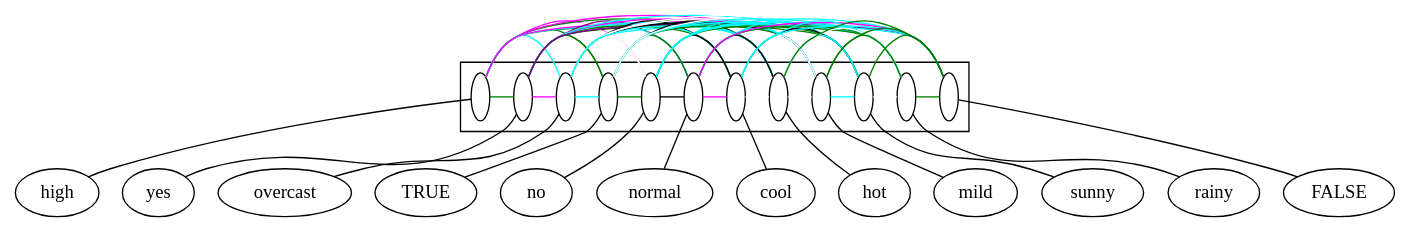
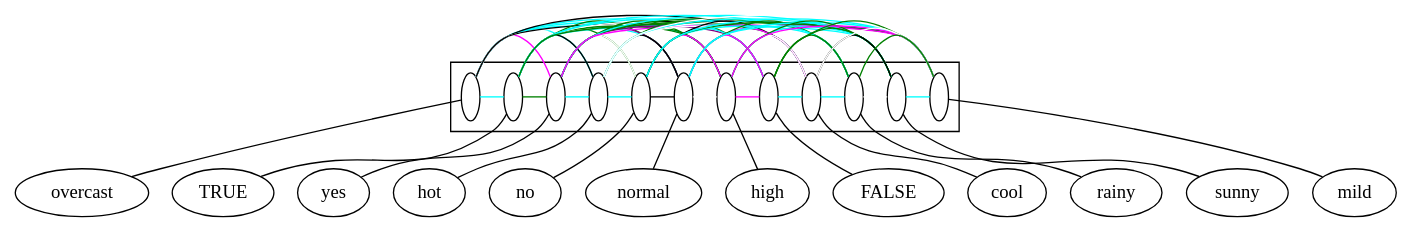
The diagram in src/SQL/Estructura.dot (lrodrin/TFG), drawn with Graphviz before and after one commit. The commit also changed 6 other files, not shown here.

```diff
--- a/src/SQL/Estructura.dot
+++ b/src/SQL/Estructura.dot
@@ -1,112 +1,112 @@
 digraph G {
 compound=True;
-high;
-yes;
 overcast;
 TRUE;
+yes;
+hot;
 no;
 normal;
+high;
+FALSE;
 cool;
-hot;
+rainy;
+sunny;
 mild;
-sunny;
-rainy;
-FALSE;
-subgraph cluster_hotnorainycoolovercasthighsunnynormalFALSEyesmildTRUE {
-s_high [fillcolor=white, fixedsize=True, width=0.2, label=" "];
-s_yes [fillcolor=white, fixedsize=True, width=0.2, label=" "];
-s_overcast [fillcolor=white, fixedsize=True, width=0.2, label=" "];
-s_TRUE [fillcolor=white, fixedsize=True, width=0.2, label=" "];
-s_no [fillcolor=white, fixedsize=True, width=0.2, label=" "];
-s_normal [fillcolor=white, fixedsize=True, width=0.2, label=" "];
-s_cool [fillcolor=white, fixedsize=True, width=0.2, label=" "];
-s_hot [fillcolor=white, fixedsize=True, width=0.2, label=" "];
-s_mild [fillcolor=white, fixedsize=True, width=0.2, label=" "];
-s_sunny [fillcolor=white, fixedsize=True, width=0.2, label=" "];
-s_rainy [fillcolor=white, fixedsize=True, width=0.2, label=" "];
-s_FALSE [fillcolor=white, fixedsize=True, width=0.2, label=" "];
+subgraph cluster_rainymildovercastyesFALSEnormalhotsunnyhighnoTRUEcool {
+s_overcast [fillcolor=white, label=" ", width=0.2, fixedsize=True];
+s_TRUE [fillcolor=white, label=" ", width=0.2, fixedsize=True];
+s_yes [fillcolor=white, label=" ", width=0.2, fixedsize=True];
+s_hot [fillcolor=white, label=" ", width=0.2, fixedsize=True];
+s_no [fillcolor=white, label=" ", width=0.2, fixedsize=True];
+s_normal [fillcolor=white, label=" ", width=0.2, fixedsize=True];
+s_high [fillcolor=white, label=" ", width=0.2, fixedsize=True];
+s_FALSE [fillcolor=white, label=" ", width=0.2, fixedsize=True];
+s_cool [fillcolor=white, label=" ", width=0.2, fixedsize=True];
+s_rainy [fillcolor=white, label=" ", width=0.2, fixedsize=True];
+s_sunny [fillcolor=white, label=" ", width=0.2, fixedsize=True];
+s_mild [fillcolor=white, label=" ", width=0.2, fixedsize=True];
 subgraph  {
 rank=same;
-s_high -> s_yes  [arrowhead=none, color=green];
-s_high -> s_overcast  [arrowhead=none, color=cyan];
-s_high -> s_TRUE  [arrowhead=none, color=green];
-s_high -> s_no  [arrowhead=none, color=magenta];
-s_high -> s_normal  [arrowhead=none, color=white];
-s_high -> s_cool  [arrowhead=none, color=white];
-s_high -> s_hot  [arrowhead=none, color=green];
-s_high -> s_mild  [arrowhead=none, color=magenta];
-s_high -> s_sunny  [arrowhead=none, color=green];
-s_high -> s_rainy  [arrowhead=none, color=cyan];
-s_high -> s_FALSE  [arrowhead=none, color=magenta];
-s_yes -> s_overcast  [arrowhead=none, color=magenta];
-s_yes -> s_TRUE  [arrowhead=none, color=green];
-s_yes -> s_no  [arrowhead=none, color=white];
-s_yes -> s_normal  [arrowhead=none, color=purple];
-s_yes -> s_cool  [arrowhead=none, color=green];
-s_yes -> s_hot  [arrowhead=none, color=cyan];
-s_yes -> s_mild  [arrowhead=none, color=magenta];
-s_yes -> s_sunny  [arrowhead=none, color=cyan];
-s_yes -> s_rainy  [arrowhead=none, color=green];
-s_yes -> s_FALSE  [arrowhead=none, color=purple];
-s_overcast -> s_TRUE  [arrowhead=none, color=cyan];
-s_overcast -> s_no  [arrowhead=none, color=white];
-s_overcast -> s_normal  [arrowhead=none, color=cyan];
-s_overcast -> s_cool  [arrowhead=none, color=black];
-s_overcast -> s_hot  [arrowhead=none, color=cyan];
-s_overcast -> s_mild  [arrowhead=none, color=black];
-s_overcast -> s_sunny  [arrowhead=none, color=white];
-s_overcast -> s_rainy  [arrowhead=none, color=white];
-s_overcast -> s_FALSE  [arrowhead=none, color=cyan];
-s_TRUE -> s_no  [arrowhead=none, color=green];
-s_TRUE -> s_normal  [arrowhead=none, color=green];
-s_TRUE -> s_cool  [arrowhead=none, color=cyan];
-s_TRUE -> s_hot  [arrowhead=none, color=black];
-s_TRUE -> s_mild  [arrowhead=none, color=green];
-s_TRUE -> s_sunny  [arrowhead=none, color=cyan];
-s_TRUE -> s_rainy  [arrowhead=none, color=cyan];
-s_TRUE -> s_FALSE  [arrowhead=none, color=white];
-s_no -> s_normal  [arrowhead=none, color=black];
-s_no -> s_cool  [arrowhead=none, color=black];
-s_no -> s_hot  [arrowhead=none, color=cyan];
-s_no -> s_mild  [arrowhead=none, color=cyan];
-s_no -> s_sunny  [arrowhead=none, color=green];
-s_no -> s_rainy  [arrowhead=none, color=cyan];
-s_no -> s_FALSE  [arrowhead=none, color=cyan];
-s_normal -> s_cool  [arrowhead=none, color=magenta];
-s_normal -> s_hot  [arrowhead=none, color=black];
-s_normal -> s_mild  [arrowhead=none, color=cyan];
-s_normal -> s_sunny  [arrowhead=none, color=cyan];
-s_normal -> s_rainy  [arrowhead=none, color=green];
-s_normal -> s_FALSE  [arrowhead=none, color=magenta];
-s_cool -> s_hot  [arrowhead=none, color=white];
-s_cool -> s_mild  [arrowhead=none, color=white];
-s_cool -> s_sunny  [arrowhead=none, color=black];
-s_cool -> s_rainy  [arrowhead=none, color=cyan];
-s_cool -> s_FALSE  [arrowhead=none, color=cyan];
-s_hot -> s_mild  [arrowhead=none, color=white];
-s_hot -> s_sunny  [arrowhead=none, color=cyan];
-s_hot -> s_rainy  [arrowhead=none, color=white];
-s_hot -> s_FALSE  [arrowhead=none, color=green];
-s_mild -> s_sunny  [arrowhead=none, color=cyan];
-s_mild -> s_rainy  [arrowhead=none, color=green];
-s_mild -> s_FALSE  [arrowhead=none, color=green];
-s_sunny -> s_rainy  [arrowhead=none, color=white];
-s_sunny -> s_FALSE  [arrowhead=none, color=green];
-s_rainy -> s_FALSE  [arrowhead=none, color=green];
+s_overcast -> s_TRUE  [color=cyan, arrowhead=none];
+s_overcast -> s_yes  [color=magenta, arrowhead=none];
+s_overcast -> s_hot  [color=cyan, arrowhead=none];
+s_overcast -> s_no  [color=white, arrowhead=none];
+s_overcast -> s_normal  [color=cyan, arrowhead=none];
+s_overcast -> s_high  [color=cyan, arrowhead=none];
+s_overcast -> s_FALSE  [color=cyan, arrowhead=none];
+s_overcast -> s_cool  [color=black, arrowhead=none];
+s_overcast -> s_rainy  [color=white, arrowhead=none];
+s_overcast -> s_sunny  [color=white, arrowhead=none];
+s_overcast -> s_mild  [color=black, arrowhead=none];
+s_TRUE -> s_yes  [color=green, arrowhead=none];
+s_TRUE -> s_hot  [color=black, arrowhead=none];
+s_TRUE -> s_no  [color=green, arrowhead=none];
+s_TRUE -> s_normal  [color=green, arrowhead=none];
+s_TRUE -> s_high  [color=green, arrowhead=none];
+s_TRUE -> s_FALSE  [color=white, arrowhead=none];
+s_TRUE -> s_cool  [color=cyan, arrowhead=none];
+s_TRUE -> s_rainy  [color=cyan, arrowhead=none];
+s_TRUE -> s_sunny  [color=cyan, arrowhead=none];
+s_TRUE -> s_mild  [color=green, arrowhead=none];
+s_yes -> s_hot  [color=cyan, arrowhead=none];
+s_yes -> s_no  [color=white, arrowhead=none];
+s_yes -> s_normal  [color=purple, arrowhead=none];
+s_yes -> s_high  [color=green, arrowhead=none];
+s_yes -> s_FALSE  [color=purple, arrowhead=none];
+s_yes -> s_cool  [color=green, arrowhead=none];
+s_yes -> s_rainy  [color=green, arrowhead=none];
+s_yes -> s_sunny  [color=cyan, arrowhead=none];
+s_yes -> s_mild  [color=magenta, arrowhead=none];
+s_hot -> s_no  [color=cyan, arrowhead=none];
+s_hot -> s_normal  [color=black, arrowhead=none];
+s_hot -> s_high  [color=green, arrowhead=none];
+s_hot -> s_FALSE  [color=green, arrowhead=none];
+s_hot -> s_cool  [color=white, arrowhead=none];
+s_hot -> s_rainy  [color=white, arrowhead=none];
+s_hot -> s_sunny  [color=cyan, arrowhead=none];
+s_hot -> s_mild  [color=white, arrowhead=none];
+s_no -> s_normal  [color=black, arrowhead=none];
+s_no -> s_high  [color=magenta, arrowhead=none];
+s_no -> s_FALSE  [color=cyan, arrowhead=none];
+s_no -> s_cool  [color=black, arrowhead=none];
+s_no -> s_rainy  [color=cyan, arrowhead=none];
+s_no -> s_sunny  [color=green, arrowhead=none];
+s_no -> s_mild  [color=cyan, arrowhead=none];
+s_normal -> s_high  [color=white, arrowhead=none];
+s_normal -> s_FALSE  [color=magenta, arrowhead=none];
+s_normal -> s_cool  [color=magenta, arrowhead=none];
+s_normal -> s_rainy  [color=green, arrowhead=none];
+s_normal -> s_sunny  [color=cyan, arrowhead=none];
+s_normal -> s_mild  [color=cyan, arrowhead=none];
+s_high -> s_FALSE  [color=magenta, arrowhead=none];
+s_high -> s_cool  [color=white, arrowhead=none];
+s_high -> s_rainy  [color=cyan, arrowhead=none];
+s_high -> s_sunny  [color=green, arrowhead=none];
+s_high -> s_mild  [color=magenta, arrowhead=none];
+s_FALSE -> s_cool  [color=cyan, arrowhead=none];
+s_FALSE -> s_rainy  [color=green, arrowhead=none];
+s_FALSE -> s_sunny  [color=green, arrowhead=none];
+s_FALSE -> s_mild  [color=green, arrowhead=none];
+s_cool -> s_rainy  [color=cyan, arrowhead=none];
+s_cool -> s_sunny  [color=black, arrowhead=none];
+s_cool -> s_mild  [color=white, arrowhead=none];
+s_rainy -> s_sunny  [color=white, arrowhead=none];
+s_rainy -> s_mild  [color=green, arrowhead=none];
+s_sunny -> s_mild  [color=cyan, arrowhead=none];
 }
 
 }
 
-s_high -> high  [arrowhead=none];
-s_yes -> yes  [arrowhead=none];
 s_overcast -> overcast  [arrowhead=none];
 s_TRUE -> TRUE  [arrowhead=none];
+s_yes -> yes  [arrowhead=none];
+s_hot -> hot  [arrowhead=none];
 s_no -> no  [arrowhead=none];
 s_normal -> normal  [arrowhead=none];
+s_high -> high  [arrowhead=none];
+s_FALSE -> FALSE  [arrowhead=none];
 s_cool -> cool  [arrowhead=none];
-s_hot -> hot  [arrowhead=none];
+s_rainy -> rainy  [arrowhead=none];
+s_sunny -> sunny  [arrowhead=none];
 s_mild -> mild  [arrowhead=none];
-s_sunny -> sunny  [arrowhead=none];
-s_rainy -> rainy  [arrowhead=none];
-s_FALSE -> FALSE  [arrowhead=none];
 }
```
